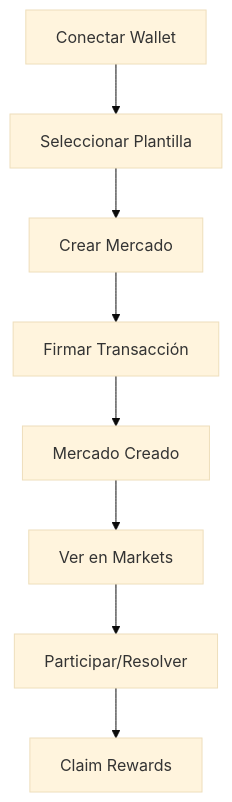
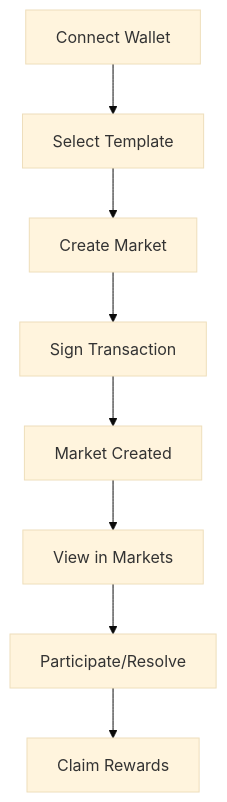
Before and after one commit to Vaios0x/Oraculo: the diagram in README.md, drawn with Mermaid (base theme). The commit also changed other lines of this file, not shown here.

````diff
--- a/README.md
+++ b/README.md
@@ -242,10 +282,10 @@
 ```mermaid
 graph TD
-    A[Conectar Wallet] --> B[Seleccionar Plantilla]
-    B --> C[Crear Mercado]
-    C --> D[Firmar Transacción]
-    D --> E[Mercado Creado]
-    E --> F[Ver en Markets]
-    F --> G[Participar/Resolver]
+    A[Connect Wallet] --> B[Select Template]
+    B --> C[Create Market]
+    C --> D[Sign Transaction]
+    D --> E[Market Created]
+    E --> F[View in Markets]
+    F --> G[Participate/Resolve]
     G --> H[Claim Rewards]
 ```
````
